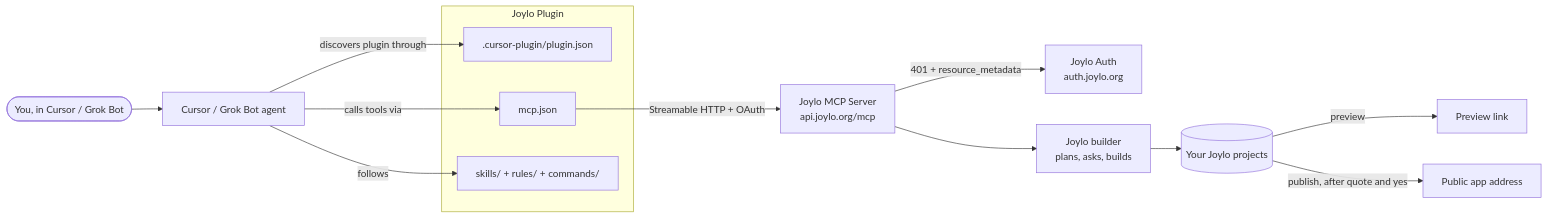
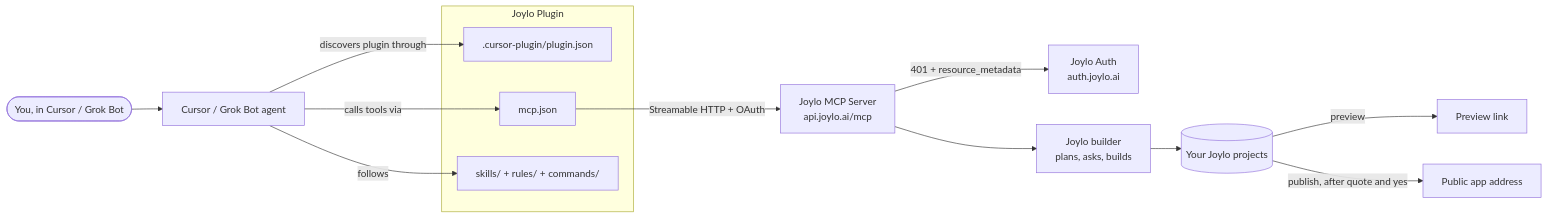
Before and after one commit to Joylo-AI/joylo-cursor-plugin: the diagram in architecture.md, drawn with Mermaid. The commit also changed other lines of this file and 10 other files, not shown here.

````diff
--- a/architecture.md
+++ b/architecture.md
@@ -5,20 +5,20 @@
 ```mermaid
 flowchart LR
     User([You, in Cursor / Grok Bot]) --> Agent[Cursor / Grok Bot agent]
 
     subgraph Plugin[Joylo Plugin]
         Manifest[.cursor-plugin/plugin.json]
         MCPConfig[mcp.json]
         Skills[skills/ + rules/ + commands/]
     end
 
     Agent -- discovers plugin through --> Manifest
     Agent -- follows --> Skills
     Agent -- calls tools via --> MCPConfig
-    MCPConfig -- Streamable HTTP + OAuth --> JoyloMCP[Joylo MCP Server<br/>api.joylo.org/mcp]
-    JoyloMCP -- 401 + resource_metadata --> Auth[Joylo Auth<br/>auth.joylo.org]
+    MCPConfig -- Streamable HTTP + OAuth --> JoyloMCP[Joylo MCP Server<br/>api.joylo.ai/mcp]
+    JoyloMCP -- 401 + resource_metadata --> Auth[Joylo Auth<br/>auth.joylo.ai]
     JoyloMCP --> Builder[Joylo builder<br/>plans, asks, builds]
     Builder --> Projects[(Your Joylo projects)]
     Projects -- preview --> Preview[Preview link]
     Projects -- publish, after quote and yes --> Live[Public app address]
 ```
````
